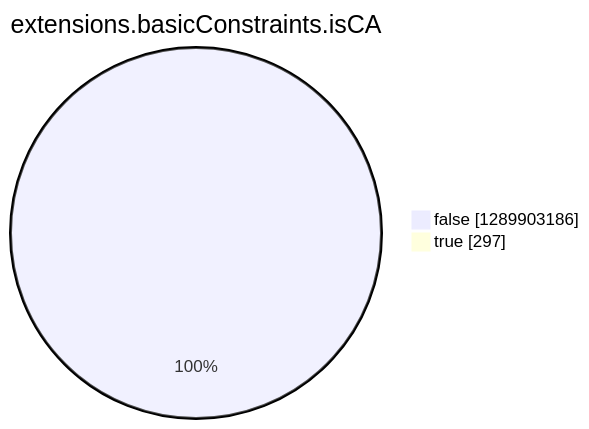
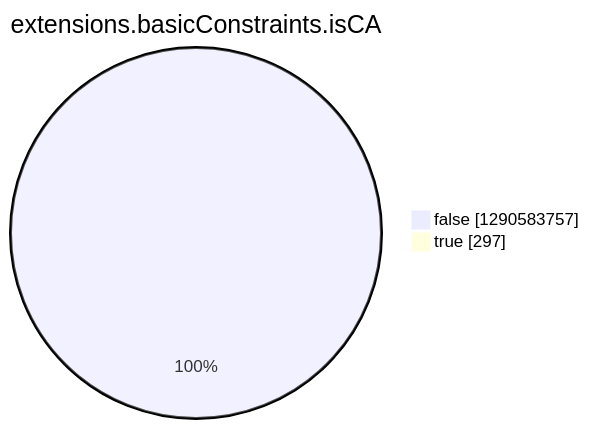
One commit to christiankrug/ctmonitor_visualization changed the eighth of 15 diagrams in argon2022/README.md. Above: the diagram before and after it, drawn with Mermaid. The commit also changed other lines of this file, not shown here.

````diff
--- a/argon2022/README.md
+++ b/argon2022/README.md
@@ -2756,6 +2756,6 @@
 ```mermaid
 pie showData
 title extensions.basicConstraints.isCA
-"false" :1289903186
+"false" :1290583757
 "true" :297
 ```
````
